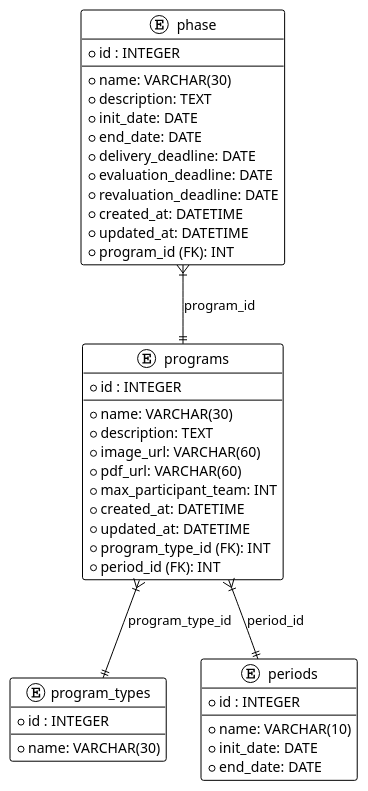
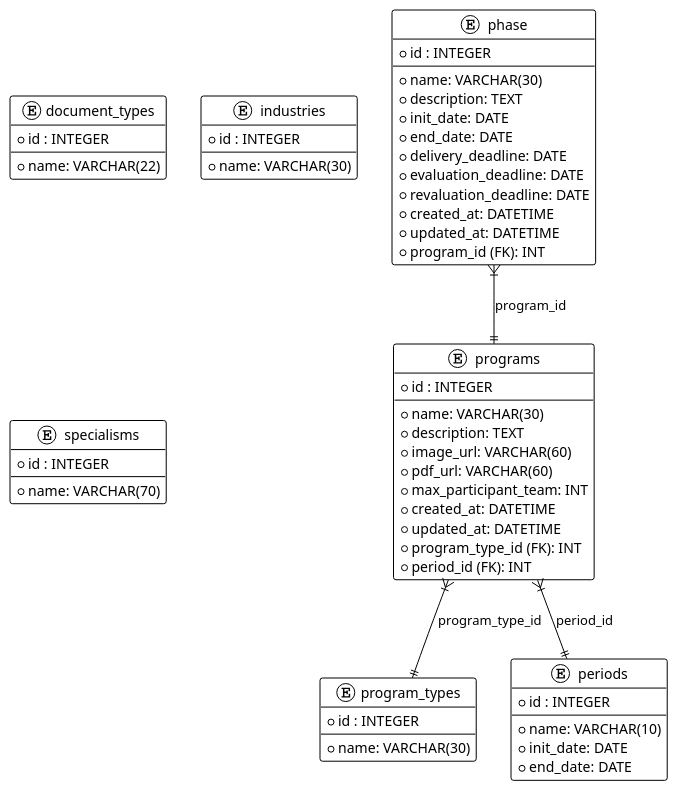
One commit to pepeul1191/innova-rails-v2 changed the diagram in docs/relational_diagram.puml. Above: the diagram before and after it, drawn with PlantUML. The commit also changed 14 other files, not shown here.

```diff
--- a/docs/relational_diagram.puml
+++ b/docs/relational_diagram.puml
@@ -1,51 +1,69 @@
 @startuml
 !theme plain
+
+entity "document_types" {
+  * id : INTEGER
+  --
+  * name: VARCHAR(22)
+}
+
+entity "industries" {
+  * id : INTEGER
+  --
+  * name: VARCHAR(30)
+}
+
+entity "specialisms" {
+  * id : INTEGER
+  --
+  * name: VARCHAR(70)
+}
 
 entity "program_types" {
   * id : INTEGER
   --
   * name: VARCHAR(30)
 }
 
 entity "periods" {
   * id : INTEGER
   --
   * name: VARCHAR(10)
   * init_date: DATE
   * end_date: DATE
 }
 
 entity "programs" {
   * id : INTEGER
   --
   * name: VARCHAR(30)
   * description: TEXT
   * image_url: VARCHAR(60)
   * pdf_url: VARCHAR(60)
   * max_participant_team: INT
   * created_at: DATETIME
   * updated_at: DATETIME
   * program_type_id (FK): INT
   * period_id (FK): INT
 }
 
 entity "phase" {
   * id : INTEGER
   --
   * name: VARCHAR(30)
   * description: TEXT
   * init_date: DATE
   * end_date: DATE
   * delivery_deadline: DATE
   * evaluation_deadline: DATE
   * revaluation_deadline: DATE
   * created_at: DATETIME
   * updated_at: DATETIME
   * program_id (FK): INT
 }
 
 programs }|--|| periods : period_id
 programs }|--|| program_types : program_type_id
 phase }|--|| programs : program_id
 
 @enduml
```
